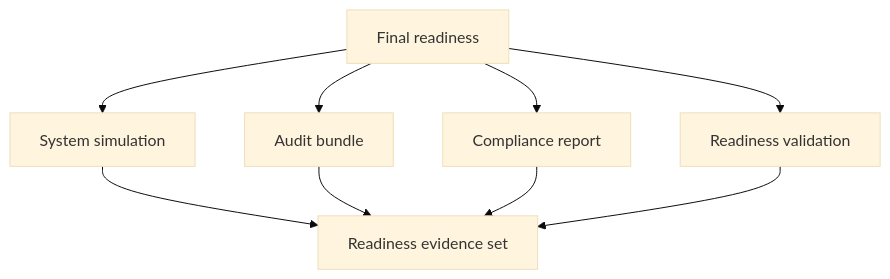
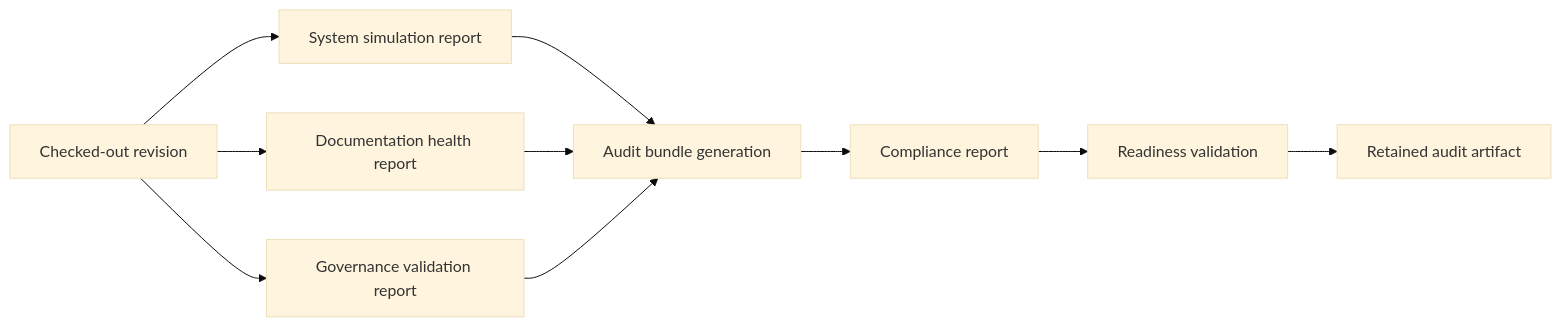
The diagram in docs/bijux-atlas-dev/delivery/final-readiness.md (bijux/bijux-atlas), drawn with Mermaid (base theme) before and after one commit. The commit also changed other lines of this file and 2 other files, not shown here.

Commit message:
docs(delivery): expose readiness and security evidence limits

````diff
--- a/docs/bijux-atlas-dev/delivery/final-readiness.md
+++ b/docs/bijux-atlas-dev/delivery/final-readiness.md
@@ -17,12 +20,12 @@
 ```mermaid
-flowchart TD
-    Readiness[Final readiness] --> Simulation[System simulation]
-    Readiness --> Audit[Audit bundle]
-    Readiness --> Compliance[Compliance report]
-    Readiness --> Validate[Readiness validation]
-
-    Simulation --> Proof[Readiness evidence set]
-    Audit --> Proof
-    Compliance --> Proof
-    Validate --> Proof
+flowchart LR
+    Source[Checked-out revision] --> Sim[System simulation report]
+    Source --> Docs[Documentation health report]
+    Source --> Gov[Governance validation report]
+    Sim --> Audit[Audit bundle generation]
+    Docs --> Audit
+    Gov --> Audit
+    Audit --> Compliance[Compliance report]
+    Compliance --> Ready[Readiness validation]
+    Ready --> Upload[Retained audit artifact]
 ```
````
